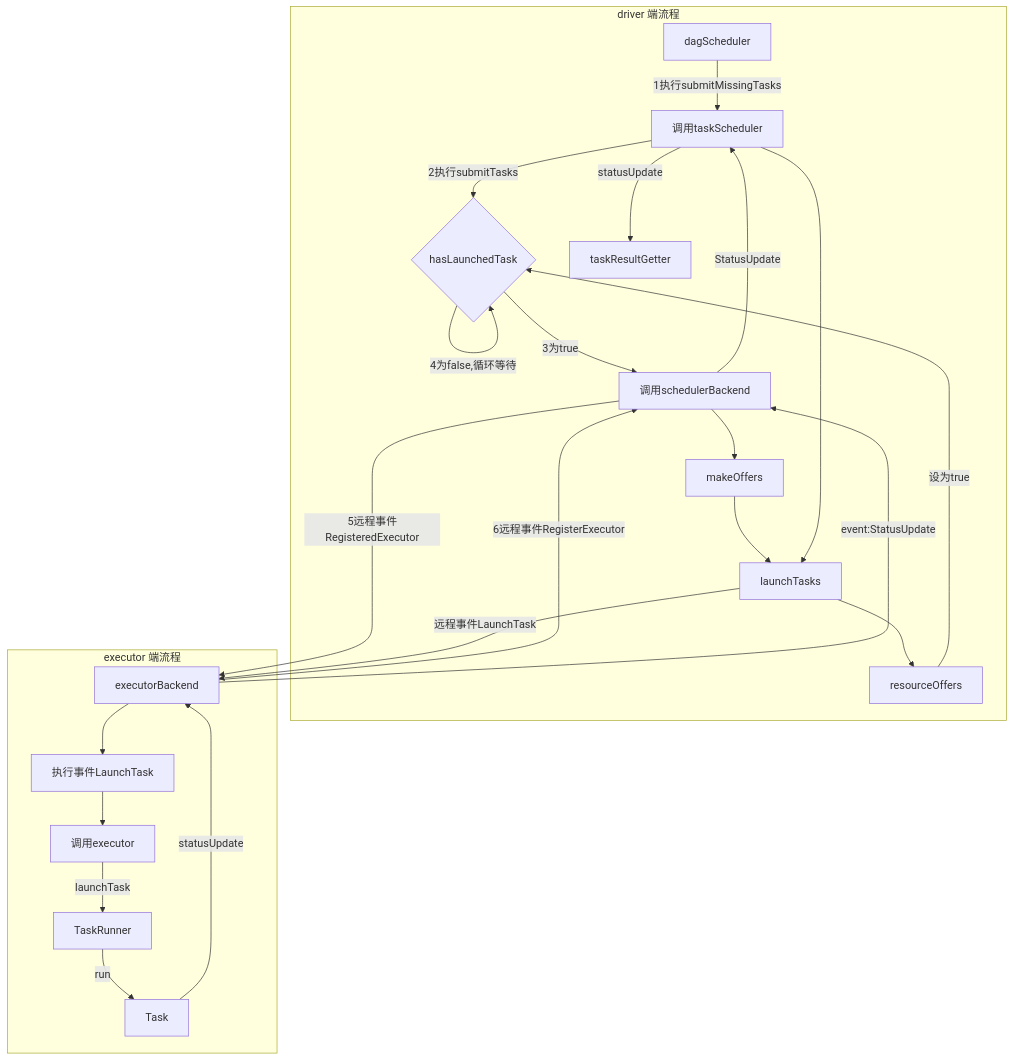
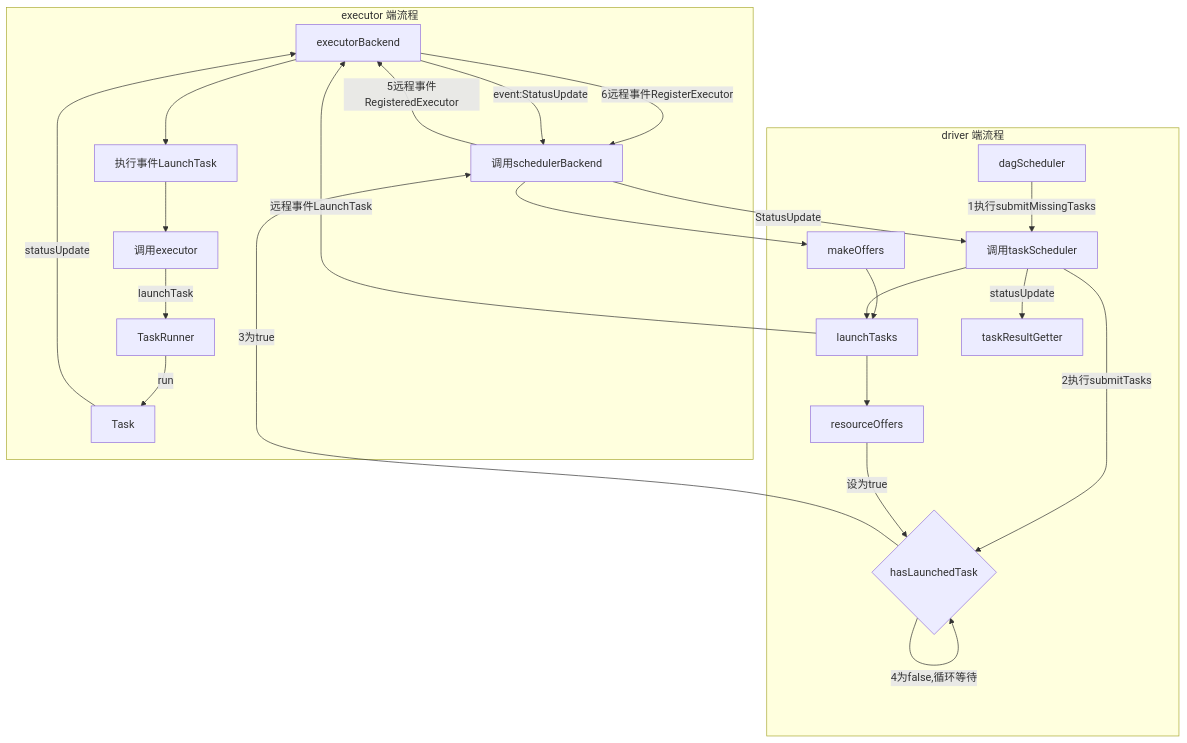
The second of 2 diagrams in _posts/2018-3-5-spark-源码分析-任务分发与执行流程.md (mzl9039/mzl9039.github.io), drawn with Mermaid before and after one commit.

```diff
--- a/_posts/2018-3-5-spark-源码分析-任务分发与执行流程.md
+++ b/_posts/2018-3-5-spark-源码分析-任务分发与执行流程.md
@@ -37,27 +37,27 @@
 <div class="mermaid">
 graph TB    
+    subgraph executor 端流程    
+    executorBackend-->|6远程事件RegisterExecutor|schedulerBackend    
+    executorBackend-->LaunchTask[执行事件LaunchTask]
+    LaunchTask-->executor[调用executor]
+    executor-->|launchTask|TaskRunner
+    TaskRunner-->|run|Task
+    Task-->|statusUpdate|executorBackend
+    executorBackend-->|event:StatusUpdate|schedulerBackend
+    end
     subgraph driver 端流程
     dagScheduler-->|1执行submitMissingTasks|taskScheduler[调用taskScheduler]
     taskScheduler-->|2执行submitTasks|hasLaunchedTask{hasLaunchedTask}
     hasLaunchedTask-->|3为true|schedulerBackend[调用schedulerBackend]
     hasLaunchedTask-->|4为false,循环等待|hasLaunchedTask    
     schedulerBackend-->makeOffers
     makeOffers-->launchTasks
     taskScheduler-->launchTasks
     launchTasks-->resourceOffers
     resourceOffers-->|设为true|hasLaunchedTask    
     schedulerBackend-->|StatusUpdate|taskScheduler
     taskScheduler-->|statusUpdate|taskResultGetter
-    end
-    subgraph executor 端流程    
-    executorBackend-->|6远程事件RegisterExecutor|schedulerBackend    
-    executorBackend-->LaunchTask[执行事件LaunchTask]
-    LaunchTask-->executor[调用executor]
-    executor-->|launchTask|TaskRunner
-    TaskRunner-->|run|Task
-    Task-->|statusUpdate|executorBackend
-    executorBackend-->|event:StatusUpdate|schedulerBackend
-    end
+    end    
     schedulerBackend-->|5远程事件RegisteredExecutor|executorBackend
     launchTasks-->|远程事件LaunchTask|executorBackend
 </div>
```
